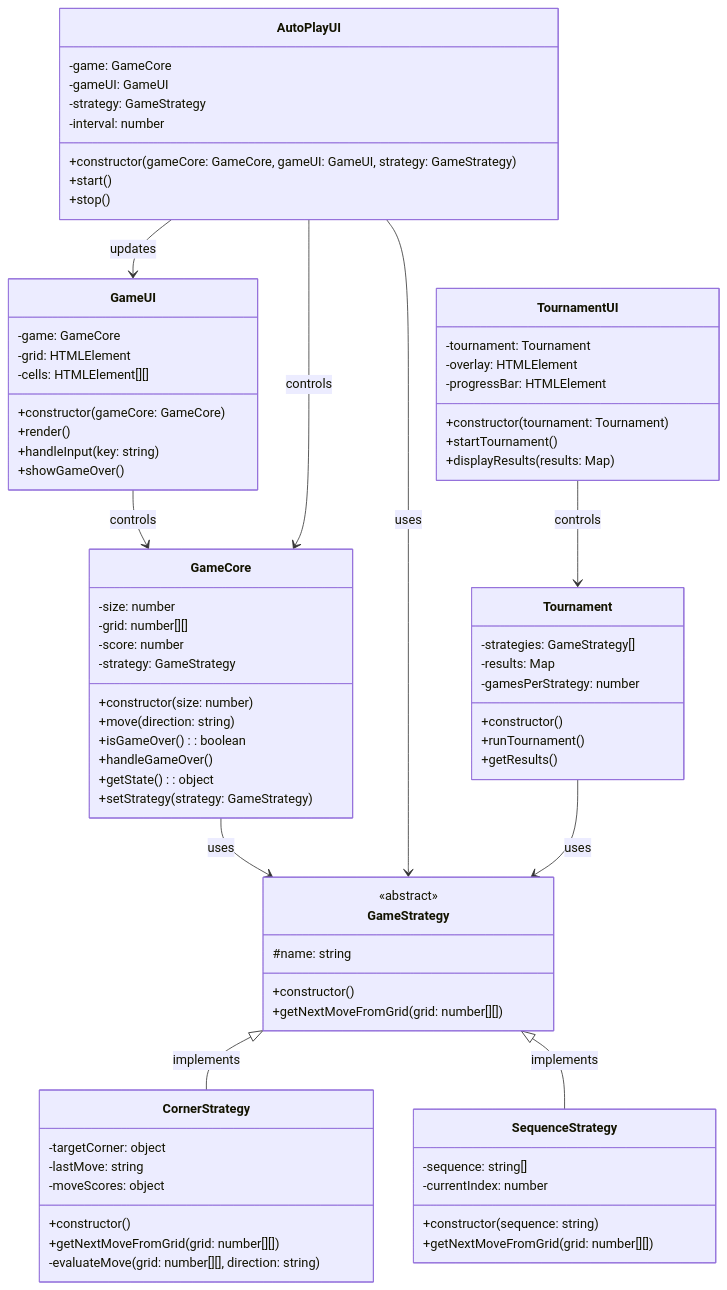
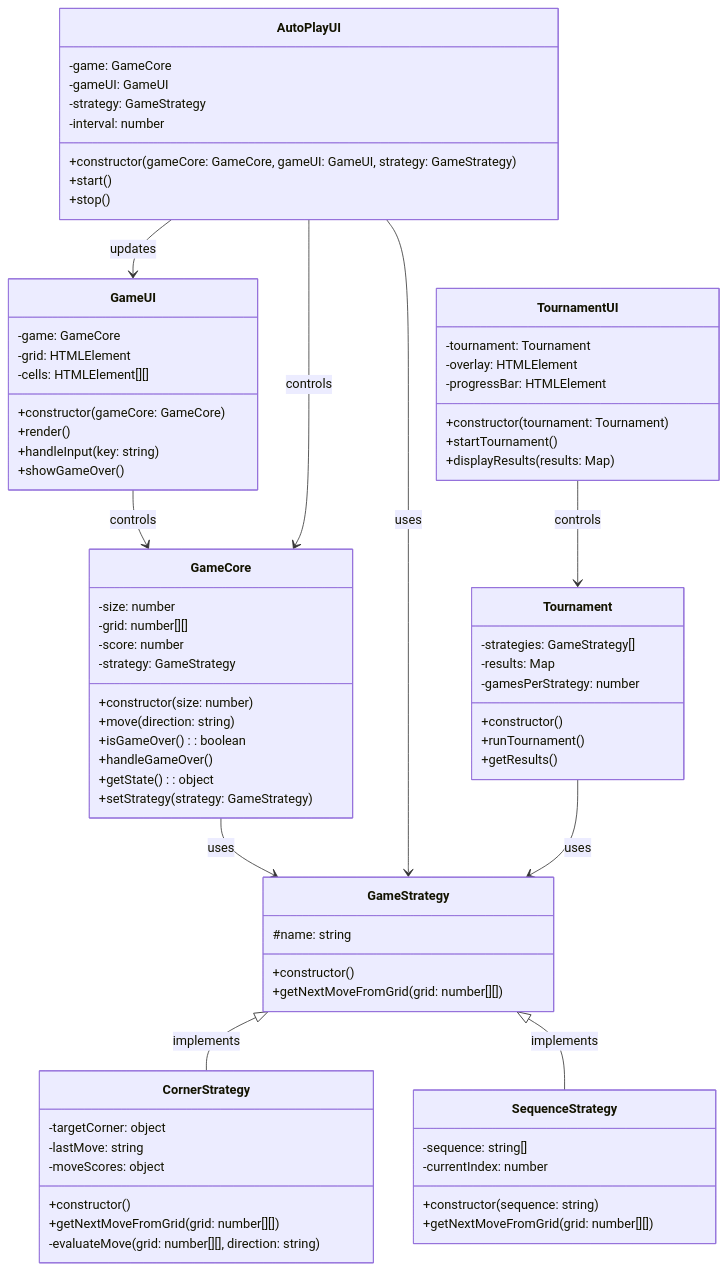
The diagram in content/posts/javascript/004-yet-another-1024.md (qchen-fdii-cardc/qchen-fdii-cardc.github.io), drawn with Mermaid before and after one commit. The commit also changed other lines of this file and 1 other file, not shown here.

Commit message:
javascript 004 fix mermaid/classdiagram <<abstract>>

```diff
--- a/content/posts/javascript/004-yet-another-1024.md
+++ b/content/posts/javascript/004-yet-another-1024.md
@@ -87,7 +88,6 @@
     }
 
     class GameStrategy {
-        <<abstract>>
         #name: string
         +constructor()
         +getNextMoveFromGrid(grid: number[][])
```
